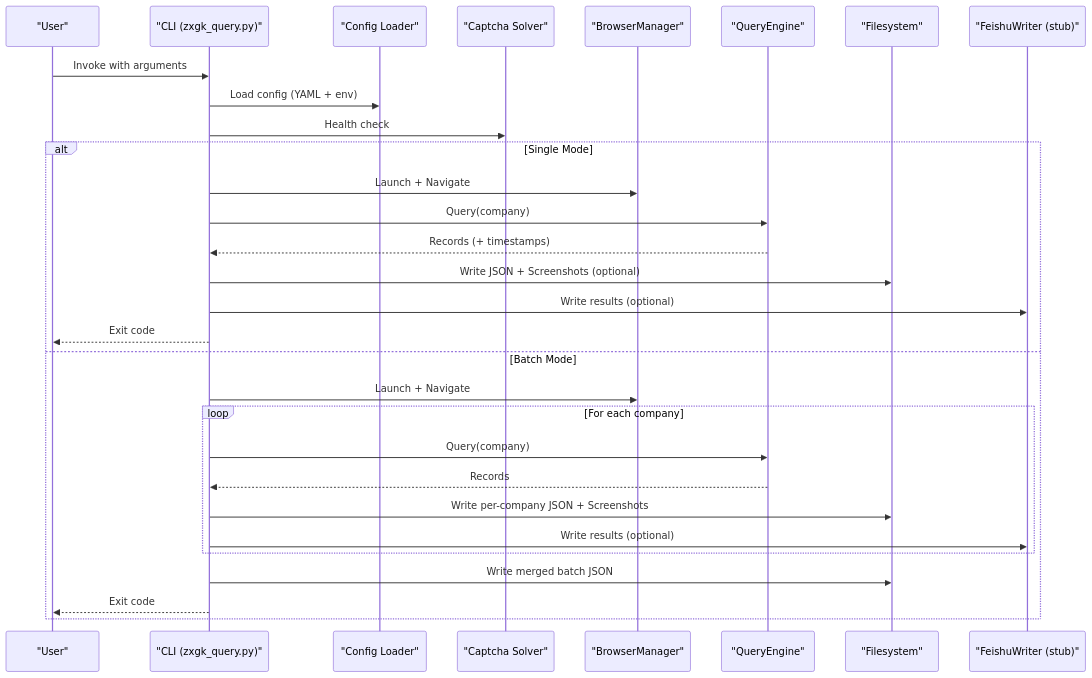
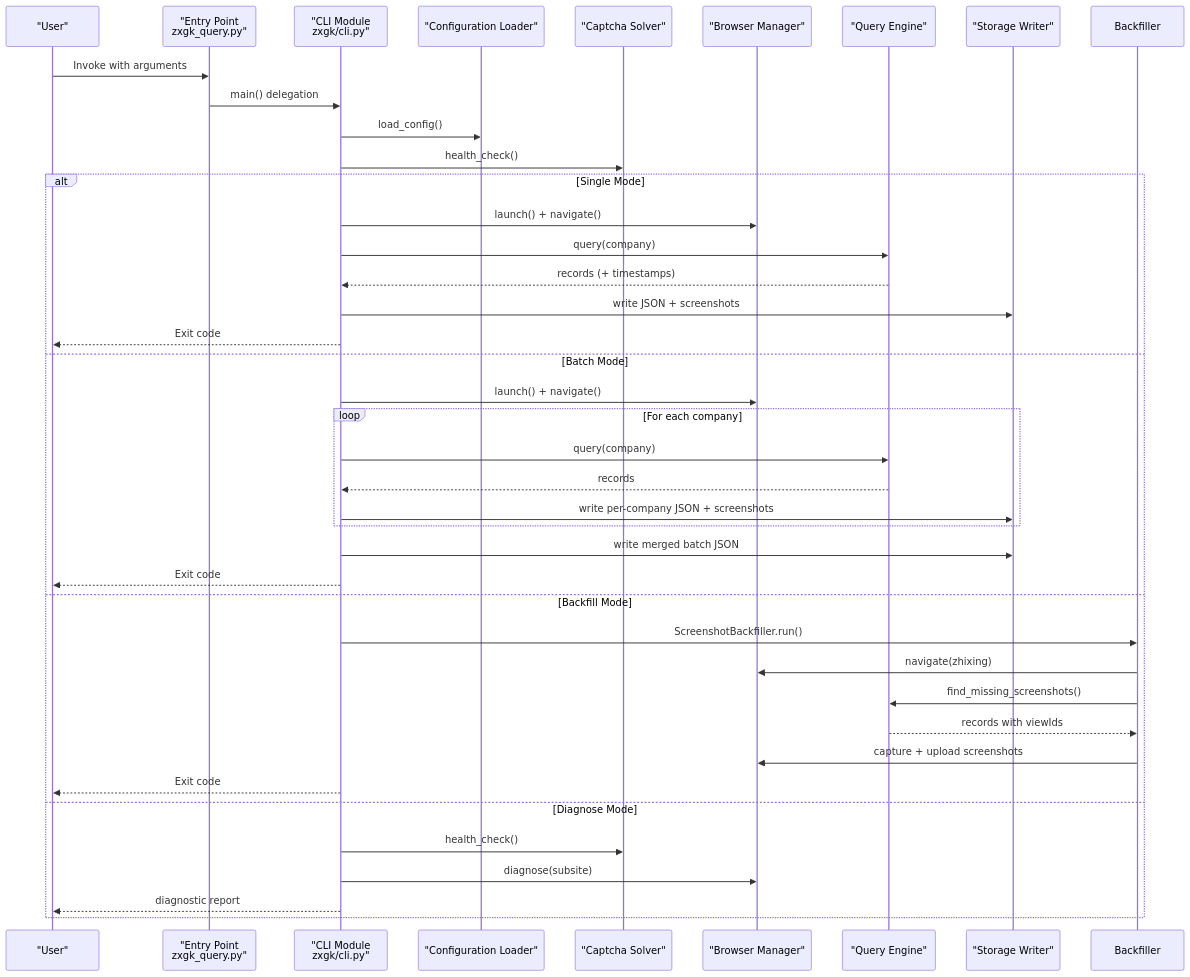
One commit to supotato-ipj/zxgk_auto_query-skill changed the second of 3 diagrams in .qoder/repowiki/en/content/CLI Interface Reference.md. Above: the diagram before and after it, drawn with Mermaid. The commit also changed other lines of this file and 24 other files, not shown here.

````diff
--- a/.qoder/repowiki/en/content/CLI Interface Reference.md
+++ b/.qoder/repowiki/en/content/CLI Interface Reference.md
@@ -82,32 +95,42 @@
 ```mermaid
 sequenceDiagram
 participant User as "User"
-participant CLI as "CLI (zxgk_query.py)"
-participant CFG as "Config Loader"
+participant Entry as "Entry Point<br/>zxgk_query.py"
+participant CLI as "CLI Module<br/>zxgk/cli.py"
+participant Config as "Configuration Loader"
 participant OCR as "Captcha Solver"
-participant BM as "BrowserManager"
-participant QE as "QueryEngine"
-participant FS as "Filesystem"
-participant FW as "FeishuWriter (stub)"
-User->>CLI : Invoke with arguments
-CLI->>CFG : Load config (YAML + env)
-CLI->>OCR : Health check
+participant Browser as "Browser Manager"
+participant Engine as "Query Engine"
+participant Storage as "Storage Writer"
+User->>Entry : Invoke with arguments
+Entry->>CLI : main() delegation
+CLI->>Config : load_config()
+CLI->>OCR : health_check()
 alt Single Mode
-CLI->>BM : Launch + Navigate
-CLI->>QE : Query(company)
-QE-->>CLI : Records (+ timestamps)
-CLI->>FS : Write JSON + Screenshots (optional)
-CLI->>FW : Write results (optional)
+CLI->>Browser : launch() + navigate()
+CLI->>Engine : query(company)
+Engine-->>CLI : records (+ timestamps)
+CLI->>Storage : write JSON + screenshots
 CLI-->>User : Exit code
 else Batch Mode
-CLI->>BM : Launch + Navigate
+CLI->>Browser : launch() + navigate()
 loop For each company
-CLI->>QE : Query(company)
-QE-->>CLI : Records
-CLI->>FS : Write per-company JSON + Screenshots
-CLI->>FW : Write results (optional)
+CLI->>Engine : query(company)
+Engine-->>CLI : records
+CLI->>Storage : write per-company JSON + screenshots
 end
-CLI->>FS : Write merged batch JSON
+CLI->>Storage : write merged batch JSON
 CLI-->>User : Exit code
+else Backfill Mode
+CLI->>Backfiller : ScreenshotBackfiller.run()
+Backfiller->>Browser : navigate(zhixing)
+Backfiller->>Engine : find_missing_screenshots()
+Engine-->>Backfiller : records with viewIds
+Backfiller->>Browser : capture + upload screenshots
+CLI-->>User : Exit code
+else Diagnose Mode
+CLI->>OCR : health_check()
+CLI->>Browser : diagnose(subsite)
+CLI-->>User : diagnostic report
 end
 ```
````
